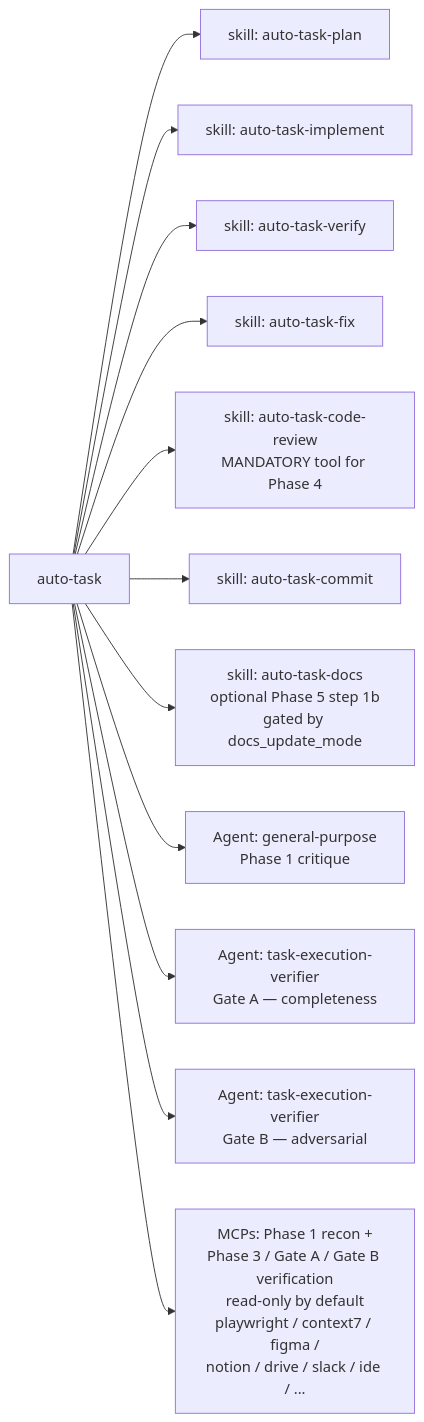
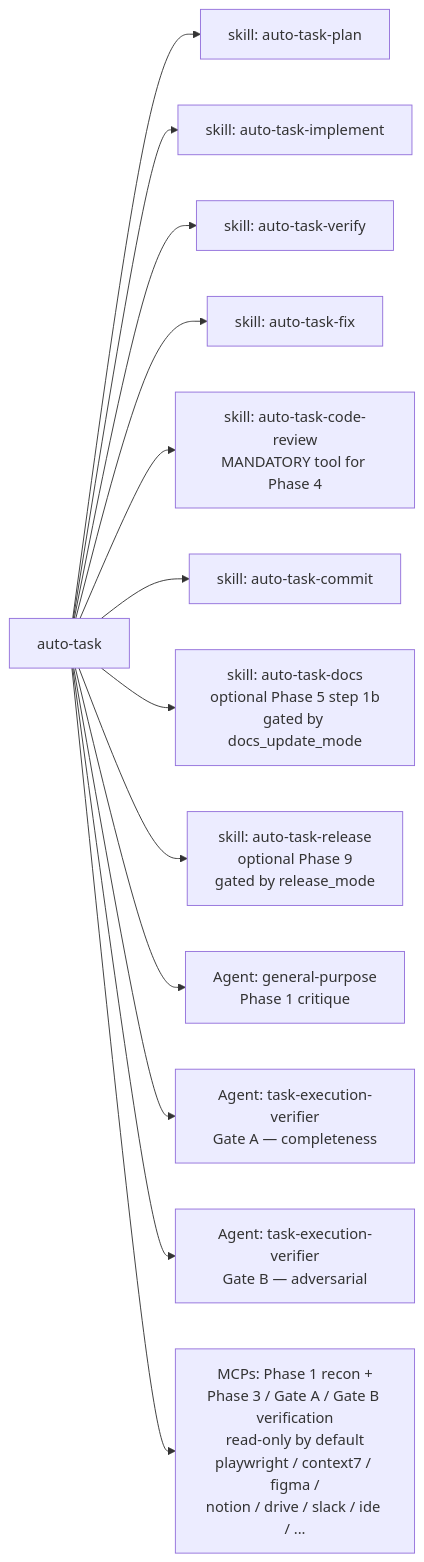
The second of 2 diagrams in skills/auto-task/ARCHITECTURE.md (o8o0o8o/auto-task-plugin), drawn with Mermaid before and after one commit. The commit also changed other lines of this file and 9 other files, not shown here.

First line of the commit message:
feat(auto-task): add an optional release step and its skill

````diff
--- a/skills/auto-task/ARCHITECTURE.md
+++ b/skills/auto-task/ARCHITECTURE.md
@@ -189,14 +204,15 @@
 ```mermaid
 flowchart LR
     AT[auto-task] --> Plan[skill: auto-task-plan]
     AT --> Implement[skill: auto-task-implement]
     AT --> Verify[skill: auto-task-verify]
     AT --> Fix[skill: auto-task-fix]
     AT --> CR[skill: auto-task-code-review<br/>MANDATORY tool for Phase 4]
     AT --> Commit[skill: auto-task-commit]
     AT --> Docs[skill: auto-task-docs<br/>optional Phase 5 step 1b<br/>gated by docs_update_mode]
+    AT --> Rel[skill: auto-task-release<br/>optional Phase 9<br/>gated by release_mode]
     AT --> Critique[Agent: general-purpose<br/>Phase 1 critique]
     AT --> TEV_A[Agent: task-execution-verifier<br/>Gate A — completeness]
     AT --> TEV_B[Agent: task-execution-verifier<br/>Gate B — adversarial]
     AT --> MCPs[MCPs: Phase 1 recon +<br/>Phase 3 / Gate A / Gate B verification<br/>read-only by default<br/>playwright / context7 / figma /<br/>notion / drive / slack / ide / ...]
 ```
````
